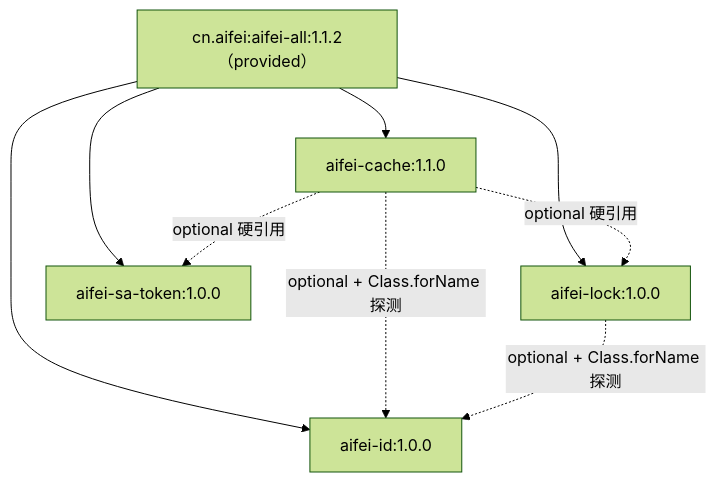
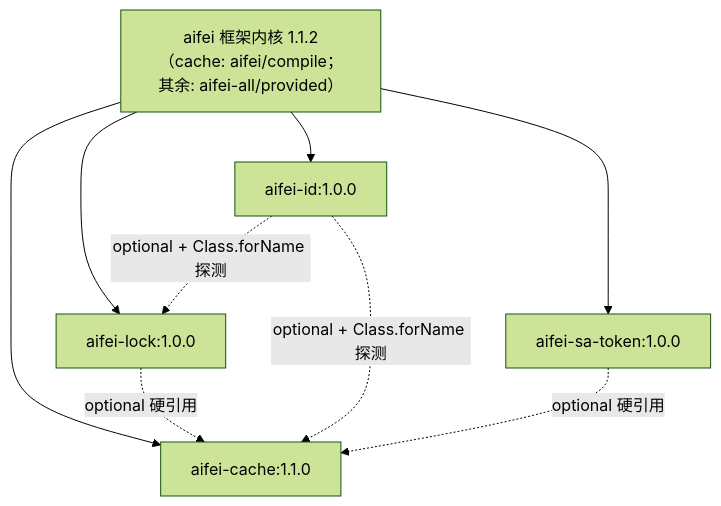
One commit to gollyhu/aifei-eco-modules changed the diagram in docs/需求/aifei-eco-modules 模块规划与排期.md. Above: the diagram before and after it, drawn with Mermaid (forest theme). The commit also changed other lines of this file, not shown here.

````diff
--- a/docs/需求/aifei-eco-modules 模块规划与排期.md
+++ b/docs/需求/aifei-eco-modules 模块规划与排期.md
@@ -114,17 +101,17 @@
 ```mermaid
 graph TD
-    KERNEL["cn.aifei:aifei-all:1.1.2（provided）"]
+    KERNEL["aifei 框架内核 1.1.2（cache: aifei/compile；其余: aifei-all/provided）"]
     CACHE["aifei-cache:1.1.0"]
     LOCK["aifei-lock:1.0.0"]
     ID["aifei-id:1.0.0"]
     SATOKEN["aifei-sa-token:1.0.0"]
 
     KERNEL --> CACHE
     KERNEL --> LOCK
     KERNEL --> ID
     KERNEL --> SATOKEN
-    CACHE -. "optional 硬引用" .-> LOCK
-    CACHE -. "optional + Class.forName 探测" .-> ID
-    LOCK -. "optional + Class.forName 探测" .-> ID
-    CACHE -. "optional 硬引用" .-> SATOKEN
+    LOCK -. "optional 硬引用" .-> CACHE
+    ID -. "optional + Class.forName 探测" .-> CACHE
+    ID -. "optional + Class.forName 探测" .-> LOCK
+    SATOKEN -. "optional 硬引用" .-> CACHE
 ```
````
